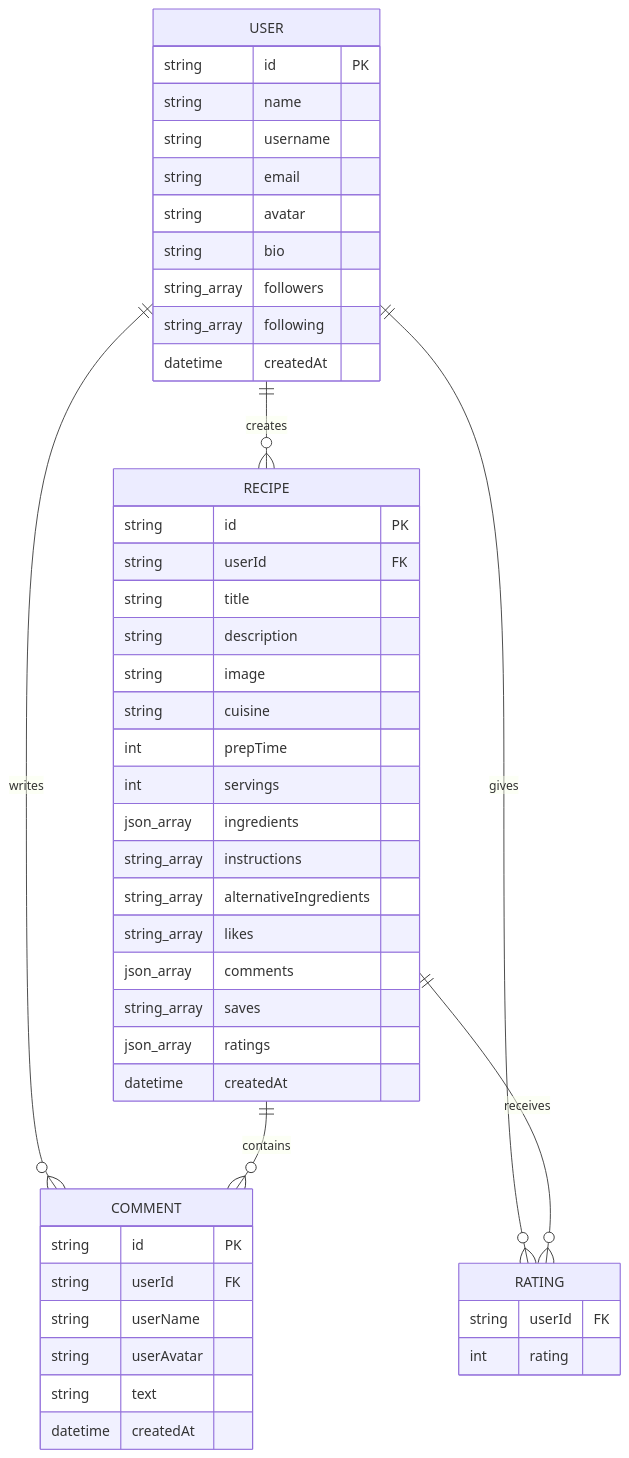
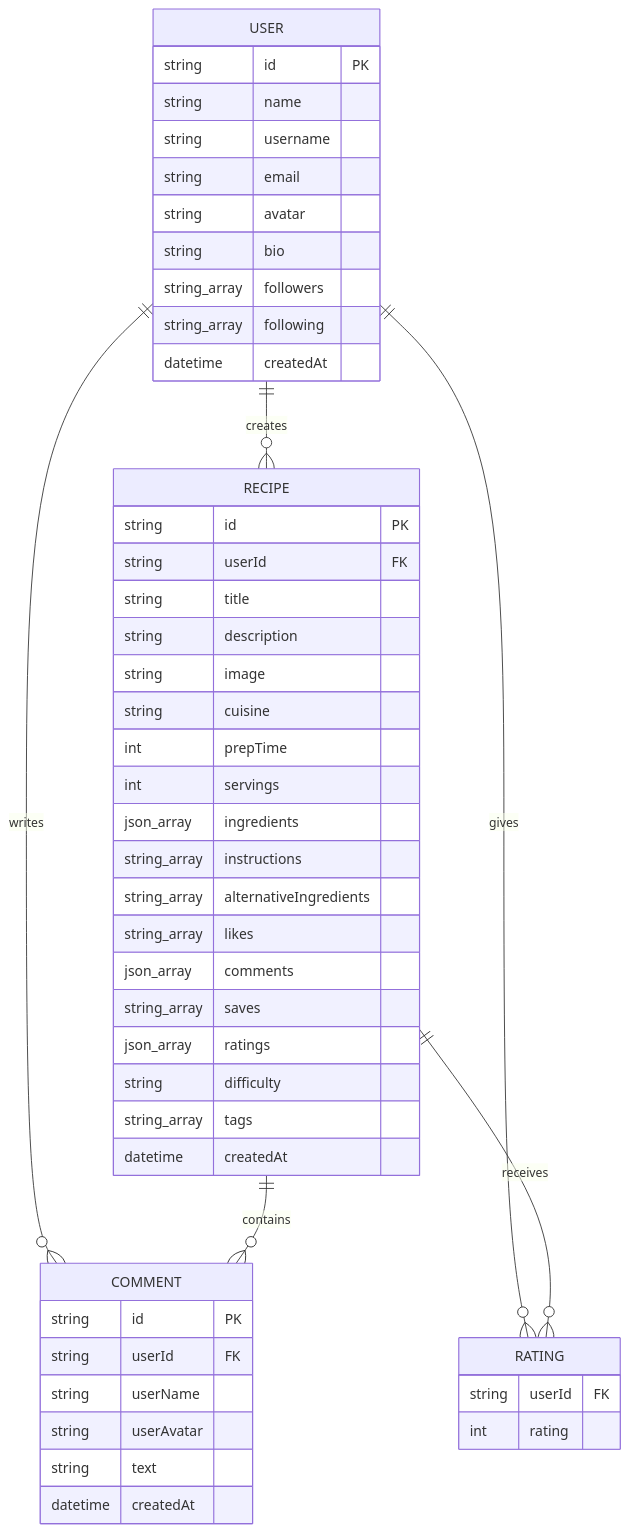
Before and after one commit to aayeshasiddiqah2611-pixel/flavora_ai_server: the second of 8 diagrams in .qoder/repowiki/en/content/Core Features/Mock Data System.md, drawn with Mermaid. The commit also changed other lines of this file and 2 other files, not shown here.

````diff
--- a/.qoder/repowiki/en/content/Core Features/Mock Data System.md
+++ b/.qoder/repowiki/en/content/Core Features/Mock Data System.md
@@ -110,49 +116,51 @@
 ```mermaid
 erDiagram
 USER {
 string id PK
 string name
 string username
 string email
 string avatar
 string bio
 string_array followers
 string_array following
 datetime createdAt
 }
 RECIPE {
 string id PK
 string userId FK
 string title
 string description
 string image
 string cuisine
 int prepTime
 int servings
 json_array ingredients
 string_array instructions
 string_array alternativeIngredients
 string_array likes
 json_array comments
 string_array saves
 json_array ratings
+string difficulty
+string_array tags
 datetime createdAt
 }
 COMMENT {
 string id PK
 string userId FK
 string userName
 string userAvatar
 string text
 datetime createdAt
 }
 RATING {
 string userId FK
 int rating
 }
 USER ||--o{ RECIPE : creates
 USER ||--o{ COMMENT : writes
 USER ||--o{ RATING : gives
 RECIPE ||--o{ COMMENT : contains
 RECIPE ||--o{ RATING : receives
 ```
````
